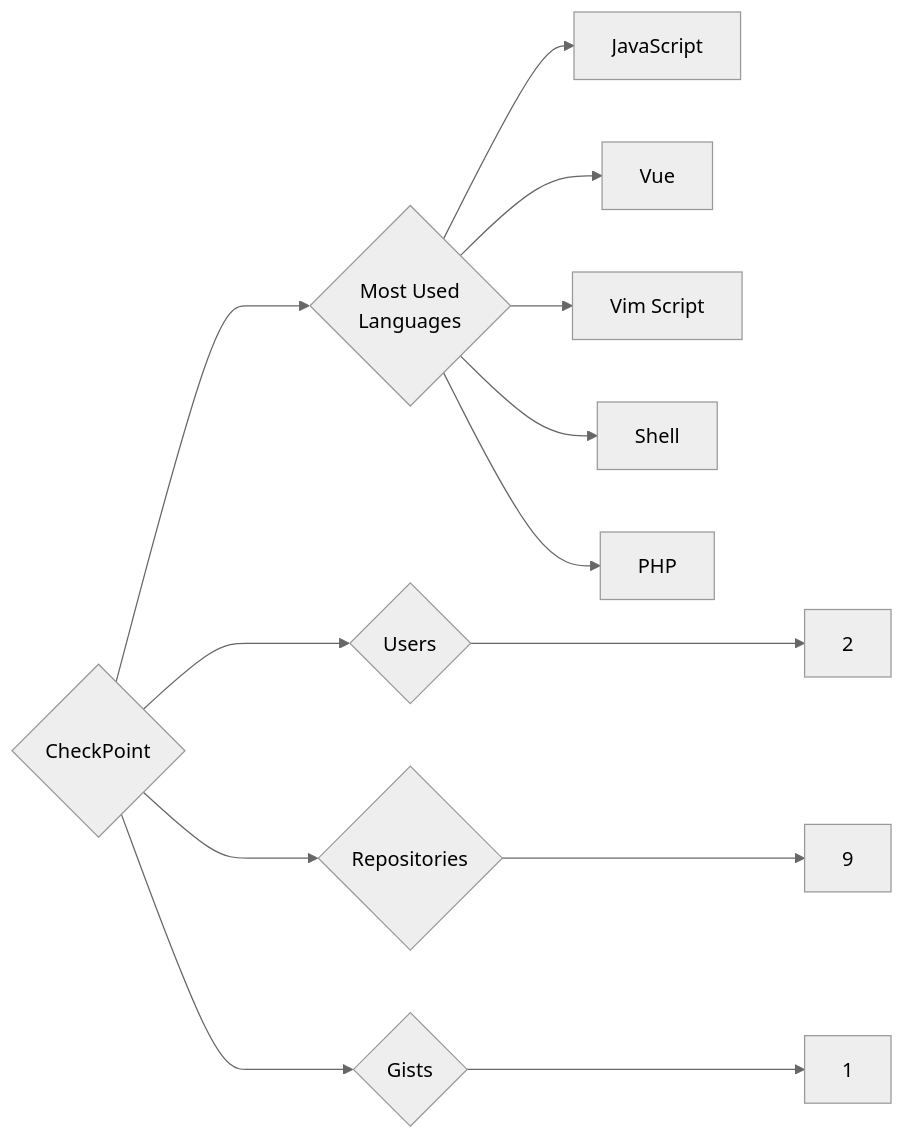
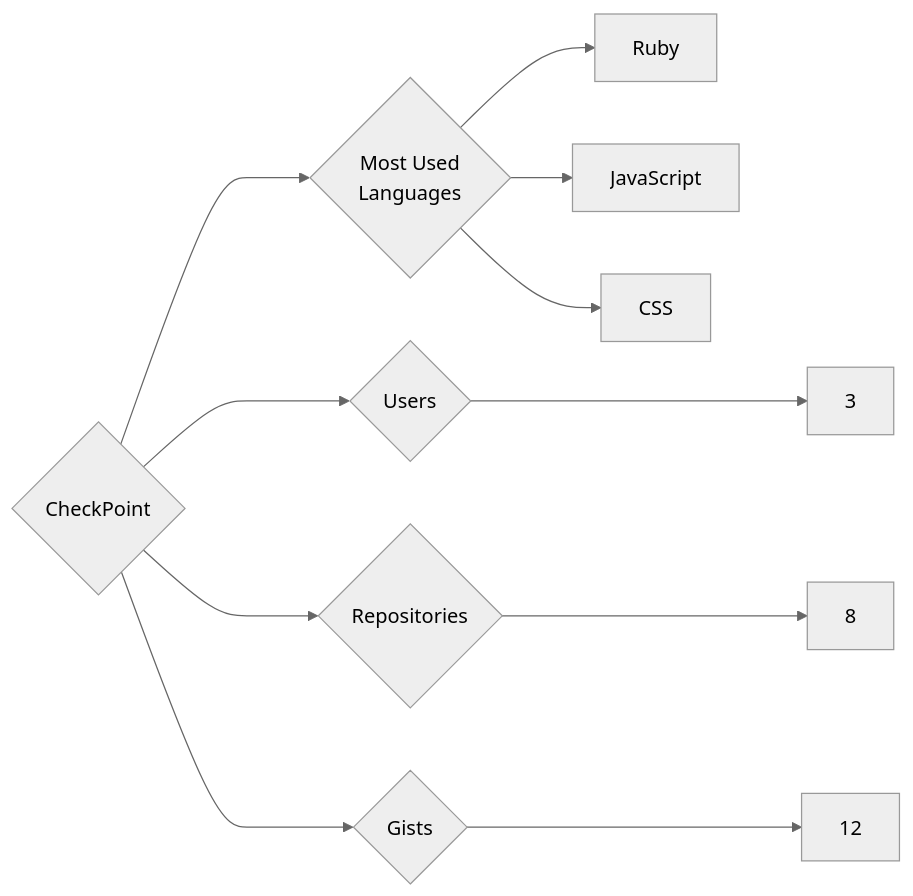
Before and after one commit to trickest/insiders: the diagram in targets/CheckPoint/README.md, drawn with Mermaid (neutral theme). The commit also changed 1167 other files, not shown here.

````diff
--- a/targets/CheckPoint/README.md
+++ b/targets/CheckPoint/README.md
@@ -3,13 +3,11 @@
 ```mermaid
 graph LR
 COMPANY_NAME{CheckPoint}
-COMPANY_NAME ---> U{Users} ---> UN[2]
-COMPANY_NAME ---> R{Repositories} ---> RN[9]
-COMPANY_NAME ---> G{Gists} ---> GN[1]
+COMPANY_NAME ---> U{Users} ---> UN[3]
+COMPANY_NAME ---> R{Repositories} ---> RN[8]
+COMPANY_NAME ---> G{Gists} ---> GN[12]
 COMPANY_NAME ---> ML{Most Used<br>Languages}
+ML --> Ruby[Ruby]
 ML --> JavaScript[JavaScript]
-ML --> Vue[Vue]
-ML --> Vim_Script[Vim Script]
-ML --> Shell[Shell]
-ML --> PHP[PHP]
+ML --> CSS[CSS]
 ```
````
